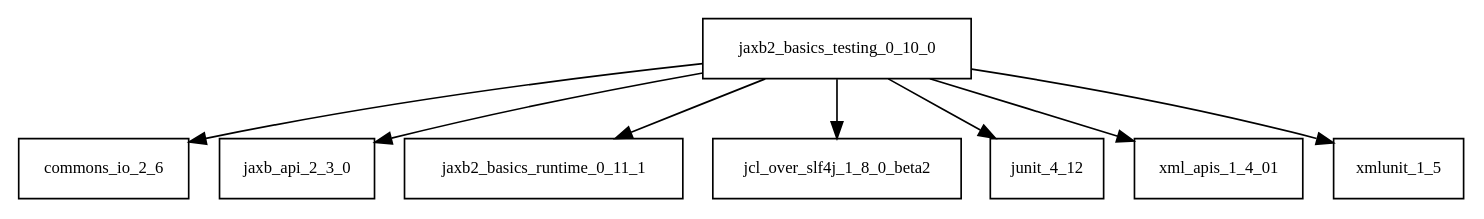
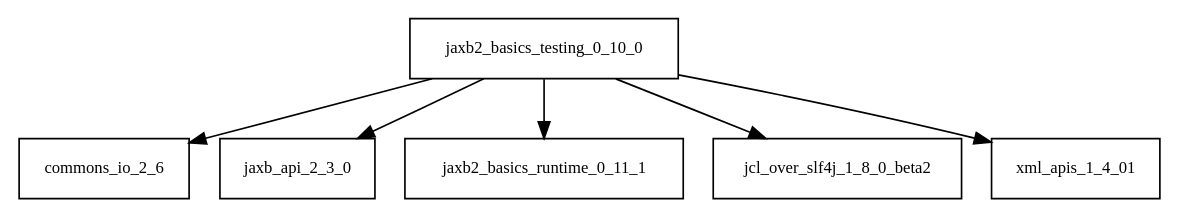
The diagram in tattleTaleReport/graphviz/jaxb2-basics-testing-0.10.0.jar/jaxb2-basics-testing-0.10.0.jar.dot (sjvs/cia), drawn with Graphviz before and after one commit. The commit also changed 2329 other files, not shown here.

```diff
--- a/tattleTaleReport/graphviz/jaxb2-basics-testing-0.10.0.jar/jaxb2-basics-testing-0.10.0.jar.dot
+++ b/tattleTaleReport/graphviz/jaxb2-basics-testing-0.10.0.jar/jaxb2-basics-testing-0.10.0.jar.dot
@@ -1,10 +1,8 @@
 digraph jaxb2_basics_testing_0_10_0_dependencies {
   node [shape = box, fontsize=10.0];
   jaxb2_basics_testing_0_10_0 -> commons_io_2_6;
   jaxb2_basics_testing_0_10_0 -> jaxb_api_2_3_0;
   jaxb2_basics_testing_0_10_0 -> jaxb2_basics_runtime_0_11_1;
   jaxb2_basics_testing_0_10_0 -> jcl_over_slf4j_1_8_0_beta2;
-  jaxb2_basics_testing_0_10_0 -> junit_4_12;
   jaxb2_basics_testing_0_10_0 -> xml_apis_1_4_01;
-  jaxb2_basics_testing_0_10_0 -> xmlunit_1_5;
 }
```
